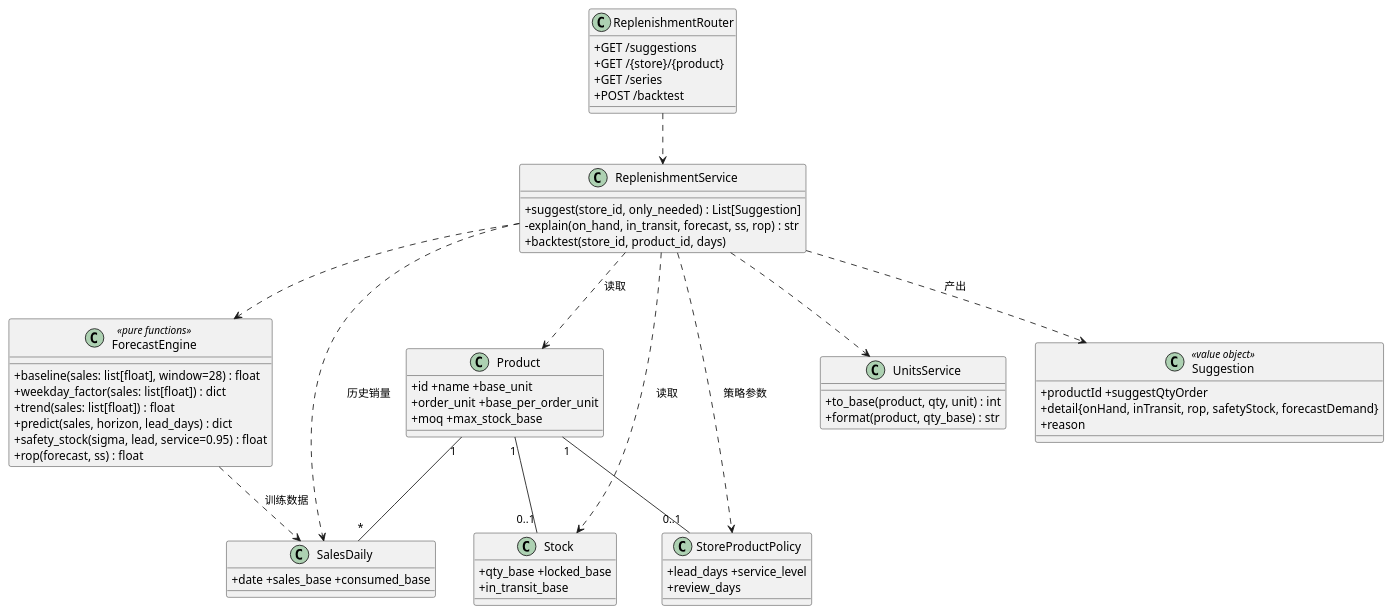
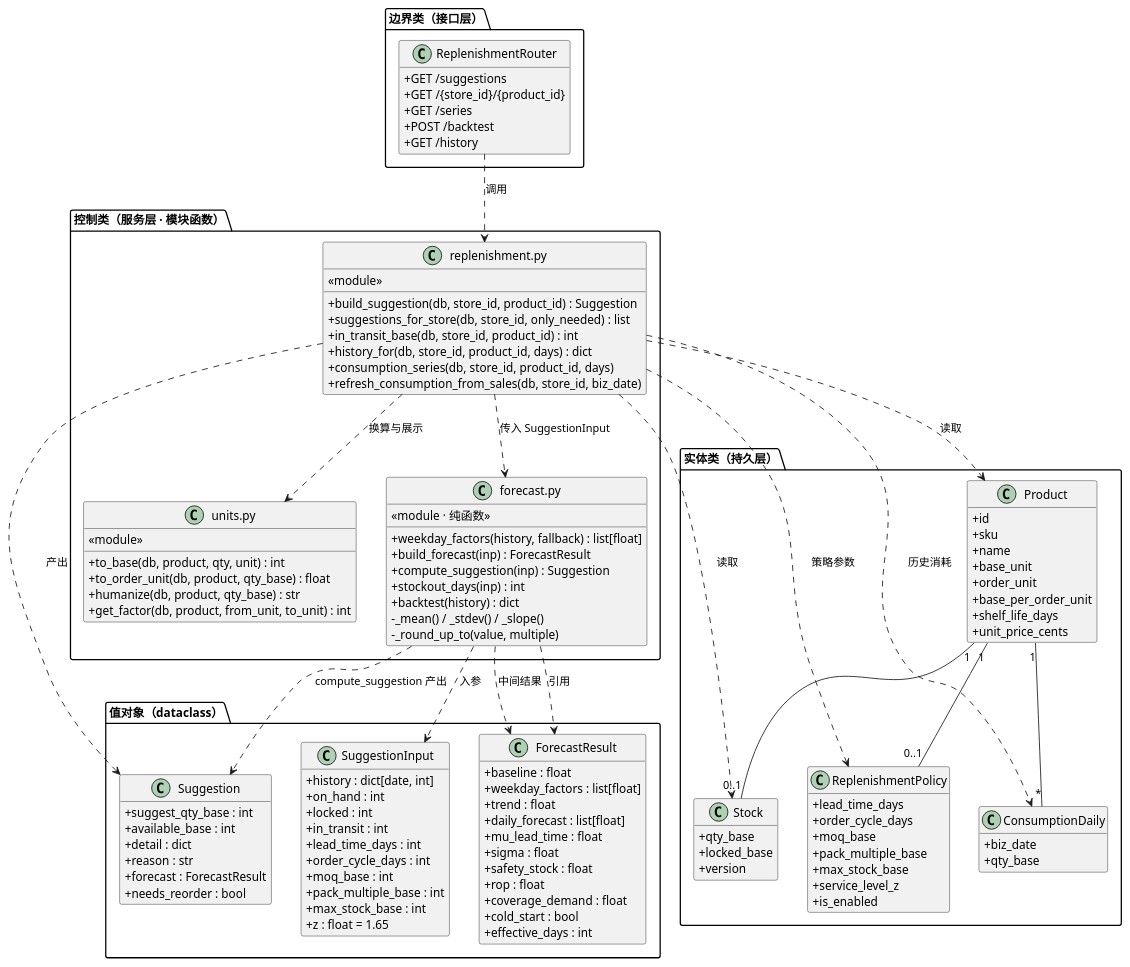
Before and after one commit to chenpingan6158-a11y/intelligent-replenishment-system: the diagram in docs/uml/08-类图-智能补货用例.puml, drawn with PlantUML. The commit also changed 18 other files, not shown here.

Commit message:
图码一致性修正：ER图改为从模型元数据自动生成(22表)；类图/顺序图改用真实函数名；报告同步更新

```diff
--- a/docs/uml/08-类图-智能补货用例.puml
+++ b/docs/uml/08-类图-智能补货用例.puml
@@ -1,61 +1,127 @@
 @startuml
 skinparam backgroundColor #FFFFFF
 skinparam classAttributeIconSize 0
-class ReplenishmentRouter {
-  +GET /suggestions
-  +GET /{store}/{product}
-  +GET /series
-  +POST /backtest
-}
-class ReplenishmentService {
-  +suggest(store_id, only_needed) : List[Suggestion]
-  -explain(on_hand, in_transit, forecast, ss, rop) : str
-  +backtest(store_id, product_id, days)
-}
-class ForecastEngine <<pure functions>> {
-  +baseline(sales: list[float], window=28) : float
-  +weekday_factor(sales: list[float]) : dict
-  +trend(sales: list[float]) : float
-  +predict(sales, horizon, lead_days) : dict
-  +safety_stock(sigma, lead, service=0.95) : float
-  +rop(forecast, ss) : float
-}
-class UnitsService {
-  +to_base(product, qty, unit) : int
-  +format(product, qty_base) : str
-}
-class "Product" as P {
-  +id +name +base_unit
-  +order_unit +base_per_order_unit
-  +moq +max_stock_base
-}
-class "Stock" as S {
-  +qty_base +locked_base
-  +in_transit_base
-}
-class "SalesDaily" as SD {
-  +date +sales_base +consumed_base
-}
-class "StoreProductPolicy" as POL {
-  +lead_days +service_level
-  +review_days
-}
-class "Suggestion" <<value object>> {
-  +productId +suggestQtyOrder
-  +detail{onHand, inTransit, rop, safetyStock, forecastDemand}
-  +reason
+hide empty members
+
+package "边界类（接口层）" {
+  class ReplenishmentRouter {
+    +GET /suggestions
+    +GET /{store_id}/{product_id}
+    +GET /series
+    +POST /backtest
+    +GET /history
+  }
 }
 
-ReplenishmentRouter ..> ReplenishmentService
-ReplenishmentService ..> ForecastEngine
-ReplenishmentService ..> UnitsService
-ReplenishmentService ..> Suggestion : 产出
-ReplenishmentService ..> P : 读取
-ReplenishmentService ..> S : 读取
-ReplenishmentService ..> SD : 历史销量
-ReplenishmentService ..> POL : 策略参数
-ForecastEngine ..> SD : 训练数据
-P "1" -- "0..1" S
-P "1" -- "*" SD
-P "1" -- "0..1" POL
+package "控制类（服务层 · 模块函数）" {
+  class "replenishment.py" as ReplenishmentModule {
+    <<module>>
+    +build_suggestion(db, store_id, product_id) : Suggestion
+    +suggestions_for_store(db, store_id, only_needed) : list
+    +in_transit_base(db, store_id, product_id) : int
+    +history_for(db, store_id, product_id, days) : dict
+    +consumption_series(db, store_id, product_id, days)
+    +refresh_consumption_from_sales(db, store_id, biz_date)
+  }
+  class "forecast.py" as ForecastModule {
+    <<module · 纯函数>>
+    +weekday_factors(history, fallback) : list[float]
+    +build_forecast(inp) : ForecastResult
+    +compute_suggestion(inp) : Suggestion
+    +stockout_days(inp) : int
+    +backtest(history) : dict
+    -_mean() / _stdev() / _slope()
+    -_round_up_to(value, multiple)
+  }
+  class "units.py" as UnitsModule {
+    <<module>>
+    +to_base(db, product, qty, unit) : int
+    +to_order_unit(db, product, qty_base) : float
+    +humanize(db, product, qty_base) : str
+    +get_factor(db, product, from_unit, to_unit) : int
+  }
+}
+
+package "值对象（dataclass）" {
+  class SuggestionInput {
+    +history : dict[date, int]
+    +on_hand : int
+    +locked : int
+    +in_transit : int
+    +lead_time_days : int
+    +order_cycle_days : int
+    +moq_base : int
+    +pack_multiple_base : int
+    +max_stock_base : int
+    +z : float = 1.65
+  }
+  class ForecastResult {
+    +baseline : float
+    +weekday_factors : list[float]
+    +trend : float
+    +daily_forecast : list[float]
+    +mu_lead_time : float
+    +sigma : float
+    +safety_stock : float
+    +rop : float
+    +coverage_demand : float
+    +cold_start : bool
+    +effective_days : int
+  }
+  class Suggestion {
+    +suggest_qty_base : int
+    +available_base : int
+    +detail : dict
+    +reason : str
+    +forecast : ForecastResult
+    +needs_reorder : bool
+  }
+}
+
+package "实体类（持久层）" {
+  class Product {
+    +id
+    +sku
+    +name
+    +base_unit
+    +order_unit
+    +base_per_order_unit
+    +shelf_life_days
+    +unit_price_cents
+  }
+  class Stock {
+    +qty_base
+    +locked_base
+    +version
+  }
+  class ConsumptionDaily {
+    +biz_date
+    +qty_base
+  }
+  class ReplenishmentPolicy {
+    +lead_time_days
+    +order_cycle_days
+    +moq_base
+    +pack_multiple_base
+    +max_stock_base
+    +service_level_z
+    +is_enabled
+  }
+}
+
+ReplenishmentRouter ..> ReplenishmentModule : 调用
+ReplenishmentModule ..> ForecastModule : 传入 SuggestionInput
+ReplenishmentModule ..> UnitsModule : 换算与展示
+ReplenishmentModule ..> Suggestion : 产出
+ForecastModule ..> SuggestionInput : 入参
+ForecastModule ..> ForecastResult : 中间结果
+ForecastModule ..> Suggestion : compute_suggestion 产出
+ReplenishmentModule ..> Product : 读取
+ReplenishmentModule ..> Stock : 读取
+ReplenishmentModule ..> ConsumptionDaily : 历史消耗
+ReplenishmentModule ..> ReplenishmentPolicy : 策略参数
+ForecastModule ..> ForecastResult : 引用
+Product "1" -- "0..1" Stock
+Product "1" -- "*" ConsumptionDaily
+Product "1" -- "0..1" ReplenishmentPolicy
 @enduml
```
